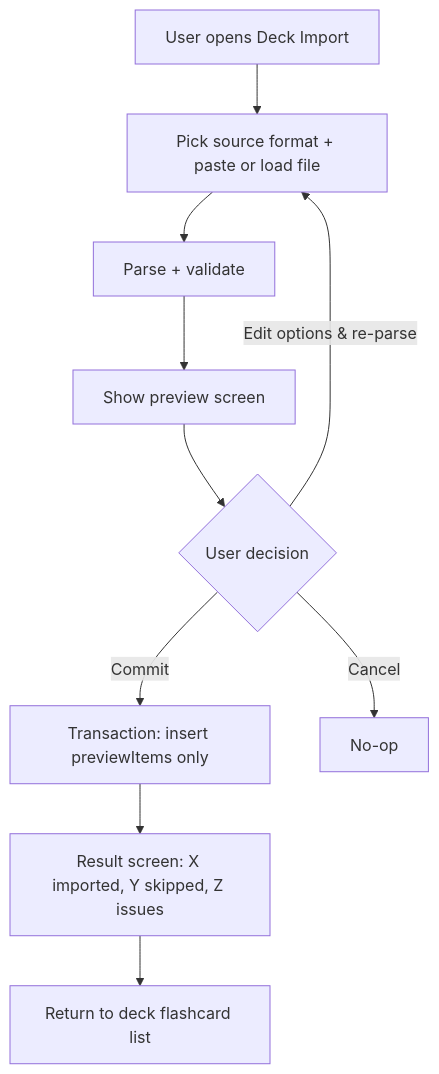
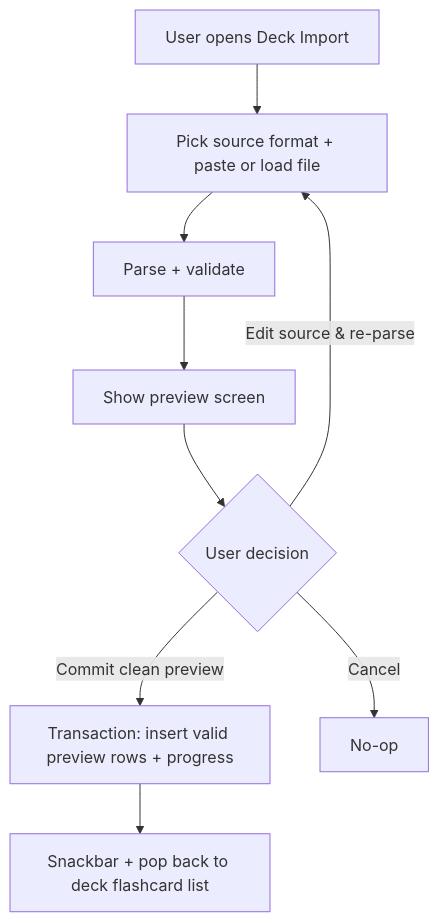
One commit to ntgptit/memox-v3 changed the diagram in docs/business/flashcard/flashcard-management.md. Above: the diagram before and after it, drawn with Mermaid. The commit also changed other lines of this file and 30 other files, not shown here.

Commit message:
feat(flashcards): commit deck import transactionally

````diff
--- a/docs/business/flashcard/flashcard-management.md
+++ b/docs/business/flashcard/flashcard-management.md
@@ -97,12 +97,11 @@
 ```mermaid
 flowchart TD
     Start[User opens Deck Import] --> Choose[Pick source format + paste or load file]
     Choose --> Parse[Parse + validate]
     Parse --> Preview[Show preview screen]
     Preview --> Decision{User decision}
-    Decision -->|Edit options & re-parse| Choose
-    Decision -->|Commit| Transaction[Transaction: insert previewItems only]
+    Decision -->|Edit source & re-parse| Choose
+    Decision -->|Commit clean preview| Transaction[Transaction: insert valid preview rows + progress]
     Decision -->|Cancel| Abort[No-op]
-    Transaction --> Result[Result screen: X imported, Y skipped, Z issues]
-    Result --> Done[Return to deck flashcard list]
+    Transaction --> Success[Snackbar + pop back to deck flashcard list]
 ```
````
